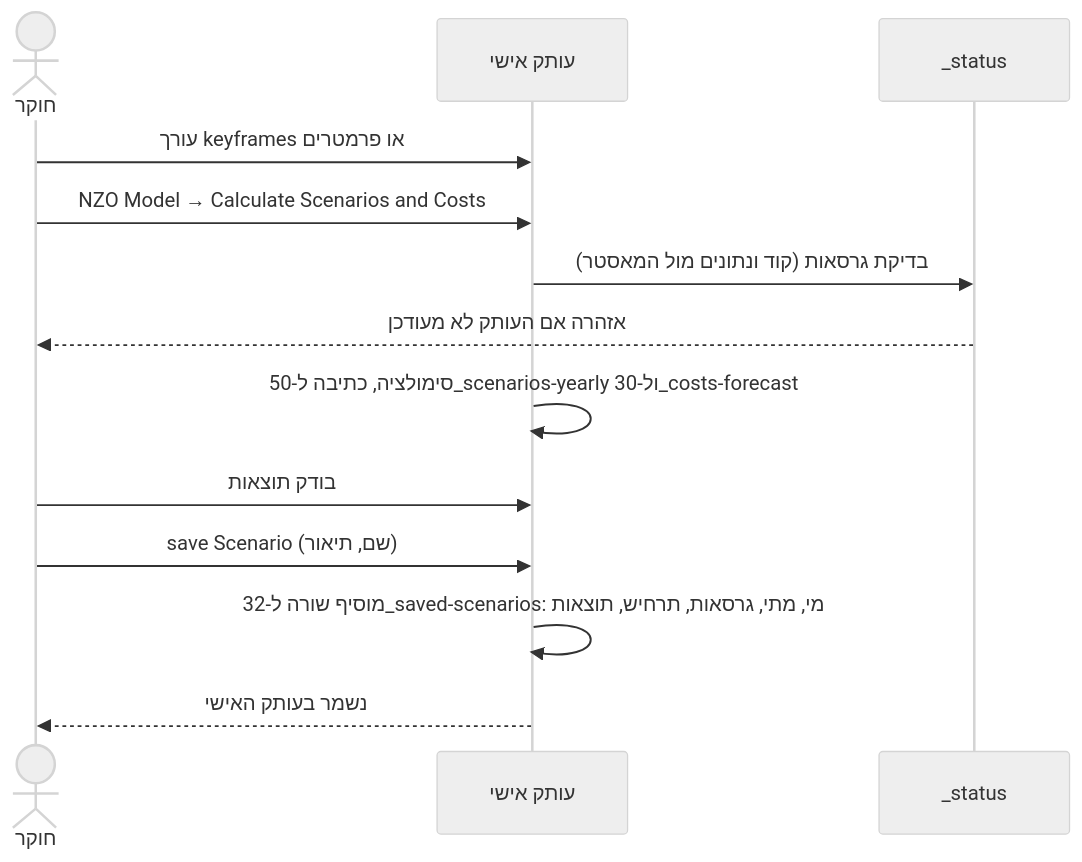
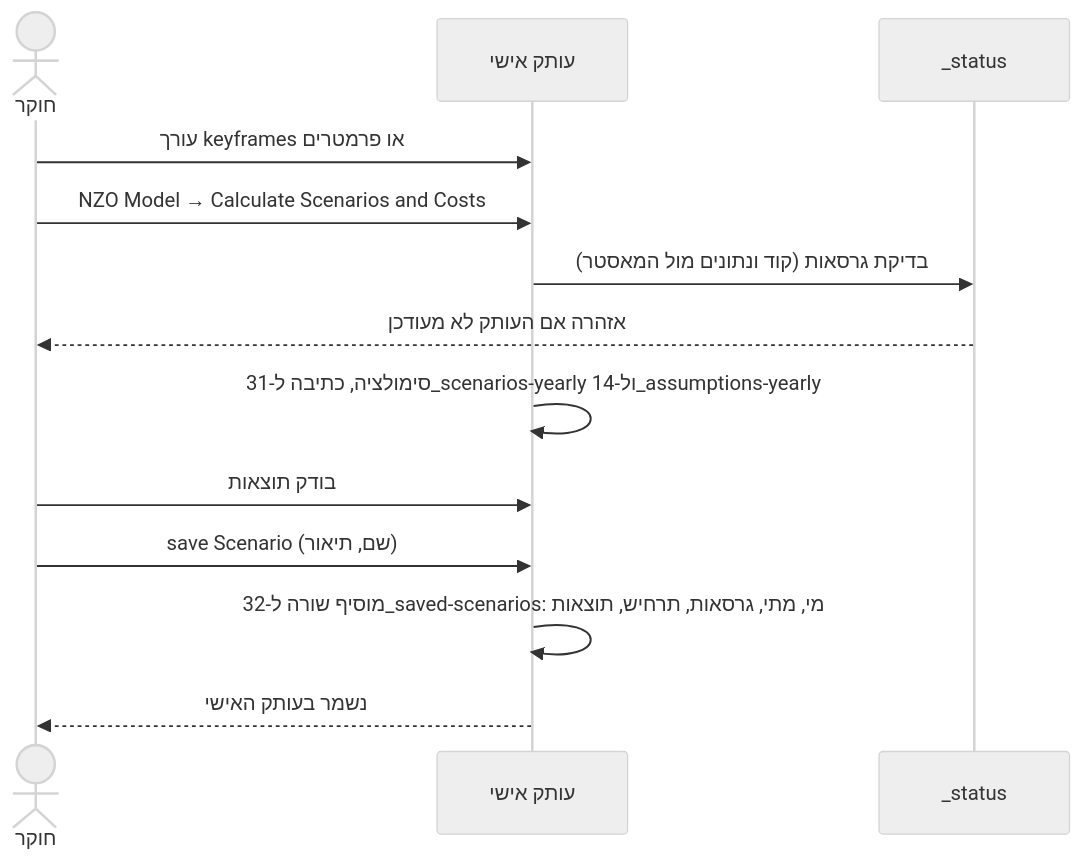
The third of 5 diagrams in docs/NZO_collaboration_design.md (NZO-ENERGY-THINK-TANK/nzo_model), drawn with Mermaid (neutral theme) before and after one commit. The commit also changed other lines of this file and 33 other files, not shown here.

````diff
--- a/docs/NZO_collaboration_design.md
+++ b/docs/NZO_collaboration_design.md
@@ -112,16 +112,16 @@
 ```mermaid
 sequenceDiagram
     actor R as חוקר
     participant C as עותק אישי
     participant S as _status
 
     R->>C: עורך keyframes או פרמטרים
     R->>C: NZO Model → Calculate Scenarios and Costs
     C->>S: בדיקת גרסאות (קוד ונתונים מול המאסטר)
     S-->>R: אזהרה אם העותק לא מעודכן
-    C->>C: סימולציה, כתיבה ל-50_scenarios-yearly ול-30_costs-forecast
+    C->>C: סימולציה, כתיבה ל-31_scenarios-yearly ול-14_assumptions-yearly
     R->>C: בודק תוצאות
     R->>C: save Scenario (שם, תיאור)
     C->>C: מוסיף שורה ל-32_saved-scenarios: מי, מתי, גרסאות, תרחיש, תוצאות
     C-->>R: נשמר בעותק האישי
 ```
````
